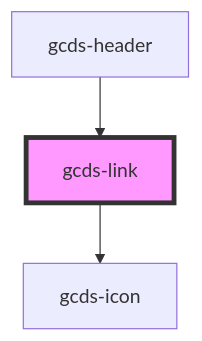
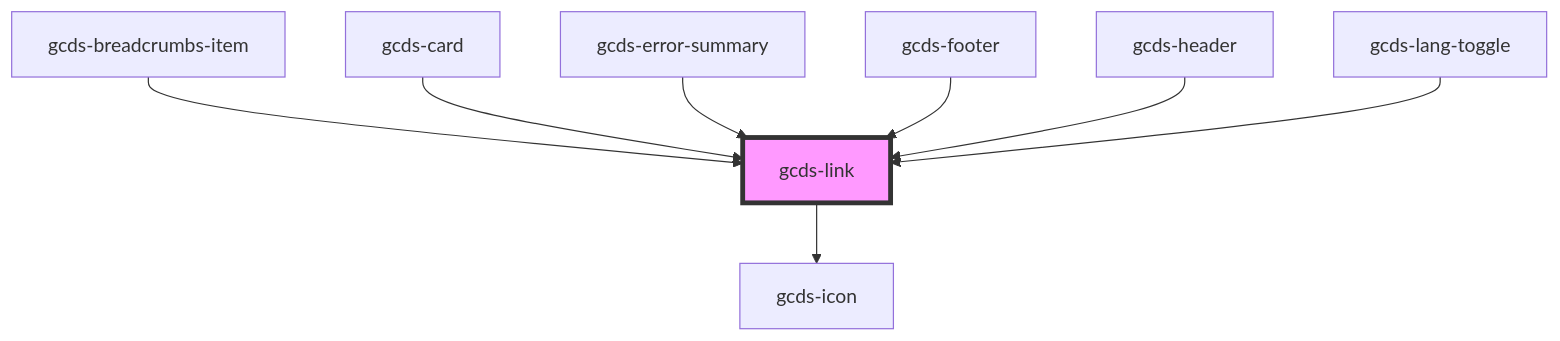
Before and after one commit to cds-snc/gcds-components: the diagram in packages/web/src/components/gcds-link/readme.md, drawn with Mermaid. The commit also changed other lines of this file and 159 other files, not shown here.

````diff
--- a/packages/web/src/components/gcds-link/readme.md
+++ b/packages/web/src/components/gcds-link/readme.md
@@ -43,6 +48,11 @@
 ```mermaid
 graph TD;
   gcds-link --> gcds-icon
+  gcds-breadcrumbs-item --> gcds-link
+  gcds-card --> gcds-link
+  gcds-error-summary --> gcds-link
+  gcds-footer --> gcds-link
   gcds-header --> gcds-link
+  gcds-lang-toggle --> gcds-link
   style gcds-link fill:#f9f,stroke:#333,stroke-width:4px
 ```
````
